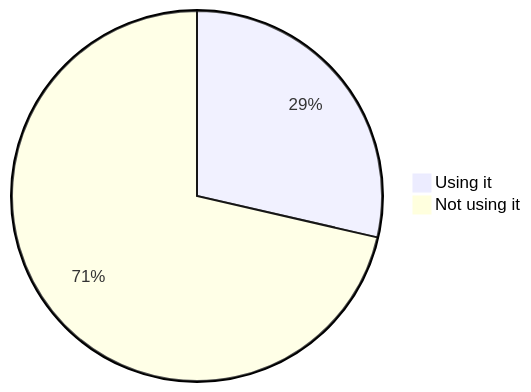
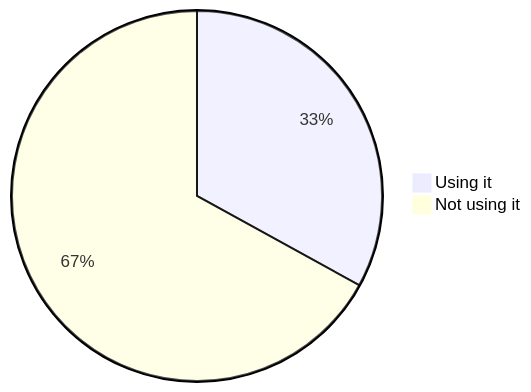
Before and after one commit to oshp/oshp-stats: diagram 16 of 22 in stats.md, drawn with Mermaid. The commit also changed other lines of this file, not shown here.

````diff
--- a/stats.md
+++ b/stats.md
@@ -190,6 +190,6 @@
 ```mermaid
 pie
-	"Using it" : 28.59
-	"Not using it" : 71.41
+	"Using it" : 33.0
+	"Not using it" : 67.0
 
 ```
````
